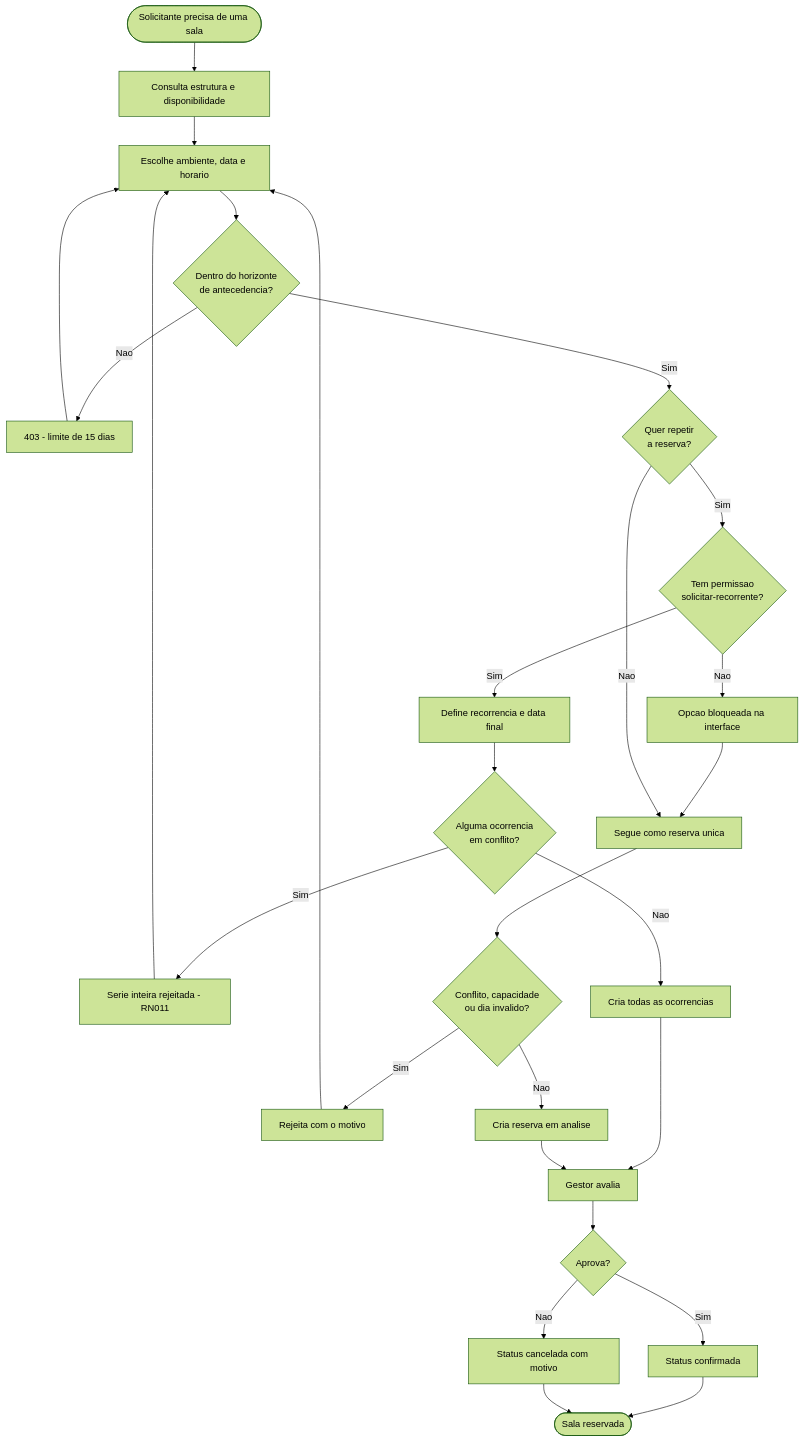
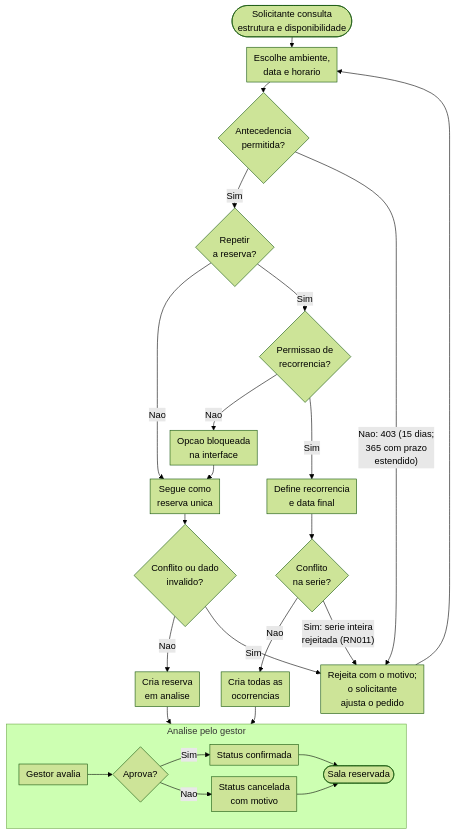
The diagram in docs/diagramas/src/ativ-reserva.mmd (bebberjoao/RoosterOneBackend), drawn with Mermaid (forest theme) before and after one commit. The commit also changed 129 other files, not shown here.

First line of the commit message:
docs: diagramas revistos para legibilidade e conferidos com o código

```diff
--- a/docs/diagramas/src/ativ-reserva.mmd
+++ b/docs/diagramas/src/ativ-reserva.mmd
@@ -1,27 +1,29 @@
+%%{init: {"flowchart":{"nodeSpacing":20,"rankSpacing":18,"padding":6,"diagramPadding":6}}}%%
 flowchart TD
-  A([Solicitante precisa de uma sala]) --> B[Consulta estrutura e disponibilidade]
-  B --> C[Escolhe ambiente, data e horario]
-  C --> D{Dentro do horizonte<br/>de antecedencia?}
-  D -->|Nao| E[403 - limite de 15 dias]
-  E --> C
-  D -->|Sim| F{Quer repetir<br/>a reserva?}
-  F -->|Sim| G{Tem permissao<br/>solicitar-recorrente?}
-  G -->|Nao| H[Opcao bloqueada na interface]
-  H --> I[Segue como reserva unica]
-  G -->|Sim| J[Define recorrencia e data final]
-  F -->|Nao| I
-  J --> K{Alguma ocorrencia<br/>em conflito?}
-  K -->|Sim| L[Serie inteira rejeitada - RN011]
-  L --> C
-  K -->|Nao| M[Cria todas as ocorrencias]
-  I --> N{Conflito, capacidade<br/>ou dia invalido?}
-  N -->|Sim| O[Rejeita com o motivo]
-  O --> C
-  N -->|Nao| P[Cria reserva em analise]
-  M --> Q[Gestor avalia]
-  P --> Q
-  Q --> R{Aprova?}
-  R -->|Sim| S[Status confirmada]
-  R -->|Nao| T[Status cancelada com motivo]
-  S --> U([Sala reservada])
-  T --> U
+  B([Solicitante consulta<br/>estrutura e disponibilidade])
+  B --> C[Escolhe ambiente,<br/>data e horario]
+  C --> D{Antecedencia<br/>permitida?}
+  D -->|Sim| F{Repetir<br/>a reserva?}
+  F -->|Nao| I[Segue como<br/>reserva unica]
+  F -->|Sim| G{Permissao de<br/>recorrencia?}
+  G -->|Nao| H[Opcao bloqueada<br/>na interface]
+  H --> I
+  G -->|Sim| J[Define recorrencia<br/>e data final]
+  J --> K{Conflito<br/>na serie?}
+  K -->|Nao| M[Cria todas as<br/>ocorrencias]
+  I --> N{Conflito ou dado<br/>invalido?}
+  N -->|Nao| P[Cria reserva<br/>em analise]
+  D -->|"Nao: 403 (15 dias;<br/>365 com prazo<br/>estendido)"| X[Rejeita com o motivo;<br/>o solicitante<br/>ajusta o pedido]
+  K -->|"Sim: serie inteira<br/>rejeitada (RN011)"| X
+  N -->|Sim| X
+  X --> C
+  subgraph ANALISE["Analise pelo gestor"]
+    direction LR
+    Q[Gestor avalia] --> R{Aprova?}
+    R -->|Sim| S[Status confirmada]
+    R -->|Nao| T[Status cancelada<br/>com motivo]
+    S --> U([Sala reservada])
+    T --> U
+  end
+  M --> ANALISE
+  P --> ANALISE
```
